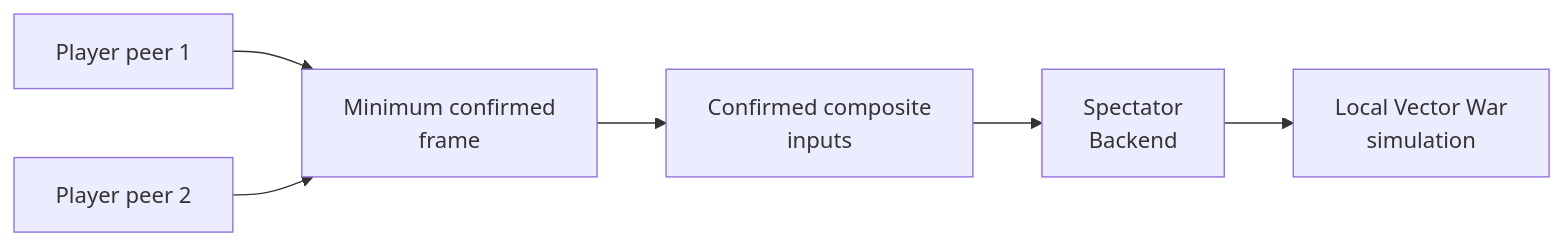
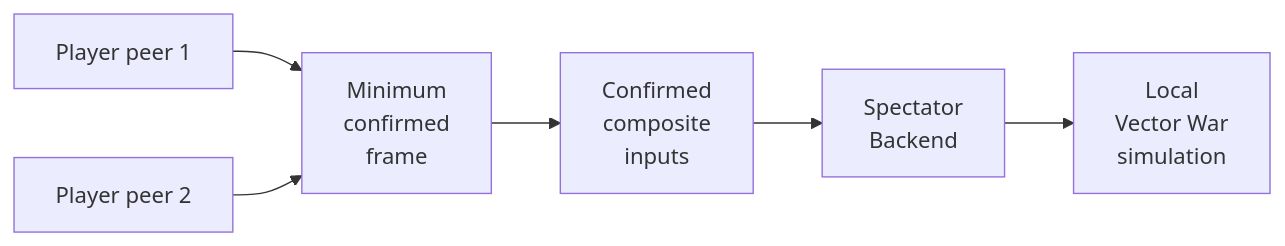
The seventh of 7 diagrams in doc/architecture/VectorWar.md (irregularthanis/ggpo-next), drawn with Mermaid before and after one commit. The commit also changed other lines of this file and 8 other files, not shown here.

Commit message:
docs: tighten all architecture diagram wrapping

````diff
--- a/doc/architecture/VectorWar.md
+++ b/doc/architecture/VectorWar.md
@@ -311,13 +311,13 @@
 ```mermaid
 flowchart LR
     P1["Player peer 1"]
     P2["Player peer 2"]
-    Confirm["Minimum confirmed<br/>frame"]
-    Stream["Confirmed composite<br/>inputs"]
+    Confirm["Minimum<br/>confirmed<br/>frame"]
+    Stream["Confirmed<br/>composite<br/>inputs"]
     Spectator["Spectator<br/>Backend"]
-    Sim["Local Vector War<br/>simulation"]
+    Sim["Local<br/>Vector War<br/>simulation"]
 
     P1 --> Confirm
     P2 --> Confirm
     Confirm --> Stream --> Spectator --> Sim
 ```
````
